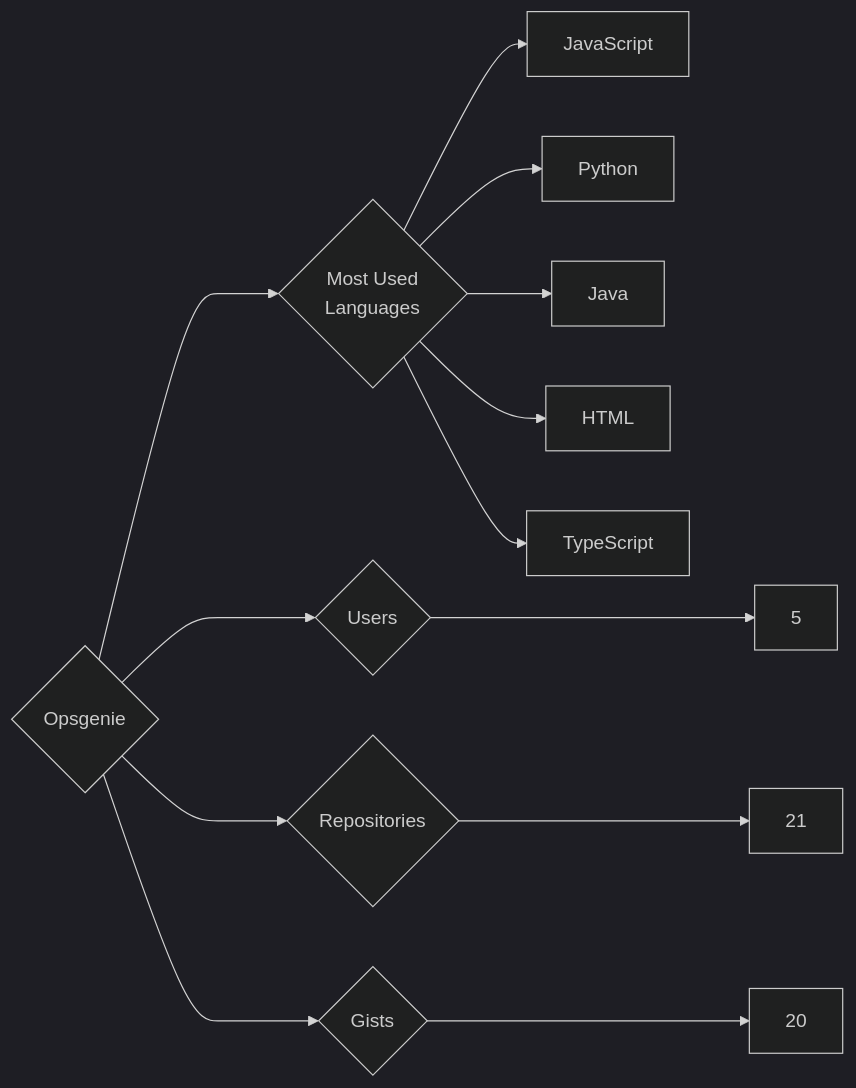
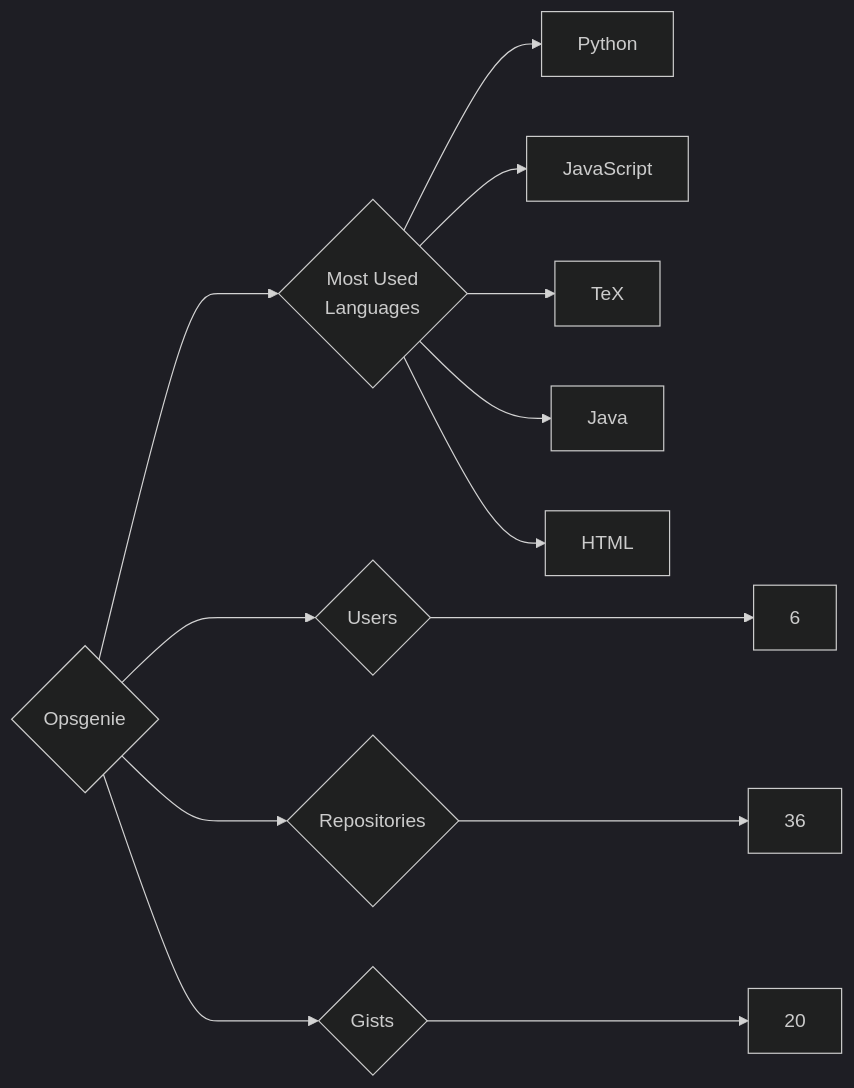
Before and after one commit to trickest/insiders: the diagram in targets/Opsgenie/README.md, drawn with Mermaid (dark theme). The commit also changed 903 other files, not shown here.

````diff
--- a/targets/Opsgenie/README.md
+++ b/targets/Opsgenie/README.md
@@ -3,13 +3,13 @@
 ```mermaid
 graph LR
 COMPANY_NAME{Opsgenie}
-COMPANY_NAME ---> U{Users} ---> UN[5]
-COMPANY_NAME ---> R{Repositories} ---> RN[21]
+COMPANY_NAME ---> U{Users} ---> UN[6]
+COMPANY_NAME ---> R{Repositories} ---> RN[36]
 COMPANY_NAME ---> G{Gists} ---> GN[20]
 COMPANY_NAME ---> ML{Most Used<br>Languages}
+ML --> Python[Python]
 ML --> JavaScript[JavaScript]
-ML --> Python[Python]
+ML --> TeX[TeX]
 ML --> Java[Java]
 ML --> HTML[HTML]
-ML --> TypeScript[TypeScript]
 ```
````
